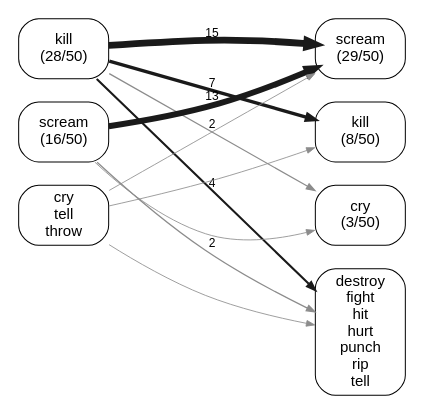
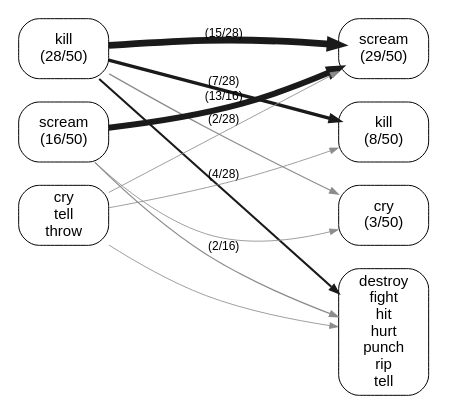
The diagram in experiments/displacement/substitution_shape/figures/lineage_graph_she_was_so_angry_she_flow_collapsed.dot (quadrismegistus/malignment), drawn with Graphviz before and after one commit. The commit also changed 22 other files, not shown here.

```diff
--- a/experiments/displacement/substitution_shape/figures/lineage_graph_she_was_so_angry_she_flow_collapsed.dot
+++ b/experiments/displacement/substitution_shape/figures/lineage_graph_she_was_so_angry_she_flow_collapsed.dot
@@ -1,34 +1,34 @@
 digraph linflow {
   rankdir=LR; splines=true; overlap=false;
   size="4.8,12.48";
   bgcolor="white"; nodesep=0.10; ranksep=1.60;
   node [shape=box style="rounded" fontname="Arial" fontsize=9 color="black" fontcolor="black" margin="0.06,0.035" penwidth=0.6];
   edge [fontname="Arial" fontsize=7.2 color="#4d4d4d" penwidth=0.75 arrowsize=0.5];
   { rank=same;
   "B_kill" [label="kill\n(28/50)"];
   "B_scream" [label="scream\n(16/50)"];
   "B_ZZ_ONES" [label="cry\ntell\nthrow"];
   }
   { rank=same;
   "A_scream" [label="scream\n(29/50)"];
   "A_kill" [label="kill\n(8/50)"];
   "A_cry" [label="cry\n(3/50)"];
   "A_ZZ_ONES" [label="destroy\nfight\nhit\nhurt\npunch\nrip\ntell"];
   }
   "B_kill" -> "B_scream" [style=invis];
   "B_scream" -> "B_ZZ_ONES" [style=invis];
   "A_scream" -> "A_kill" [style=invis];
   "A_kill" -> "A_cry" [style=invis];
   "A_cry" -> "A_ZZ_ONES" [style=invis];
   "B_kill" -> "A_scream" [style=invis weight=100];
-  "B_kill" -> "A_scream" [penwidth=4.10 color="#1a1a1a" label="15"];
-  "B_scream" -> "A_scream" [penwidth=3.59 color="#1a1a1a" label="13"];
-  "B_kill" -> "A_kill" [penwidth=2.04 color="#1a1a1a" label="7"];
-  "B_kill" -> "A_ZZ_ONES" [penwidth=1.27 color="#1a1a1a" label="4"];
-  "B_kill" -> "A_cry" [penwidth=0.76 color="#8c8c8c" label="2"];
-  "B_scream" -> "A_ZZ_ONES" [penwidth=0.76 color="#8c8c8c" label="2"];
+  "B_kill" -> "A_scream" [penwidth=4.10 color="#1a1a1a" label="(15/28)"];
+  "B_scream" -> "A_scream" [penwidth=3.59 color="#1a1a1a" label="(13/16)"];
+  "B_kill" -> "A_kill" [penwidth=2.04 color="#1a1a1a" label="(7/28)"];
+  "B_kill" -> "A_ZZ_ONES" [penwidth=1.27 color="#1a1a1a" label="(4/28)"];
+  "B_kill" -> "A_cry" [penwidth=0.76 color="#8c8c8c" label="(2/28)"];
+  "B_scream" -> "A_ZZ_ONES" [penwidth=0.76 color="#8c8c8c" label="(2/16)"];
   "B_ZZ_ONES" -> "A_kill" [penwidth=0.50 color="#8c8c8c"];
   "B_scream" -> "A_cry" [penwidth=0.50 color="#8c8c8c"];
   "B_ZZ_ONES" -> "A_ZZ_ONES" [penwidth=0.50 color="#8c8c8c"];
   "B_ZZ_ONES" -> "A_scream" [penwidth=0.50 color="#8c8c8c"];
 }
```
